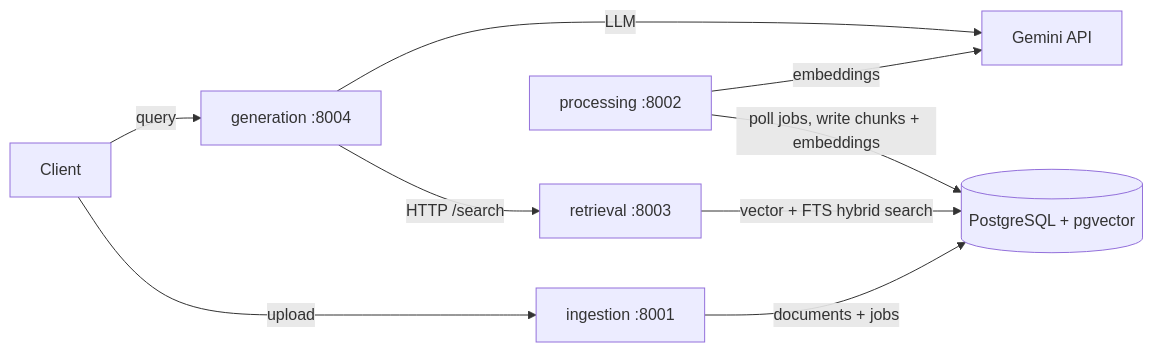
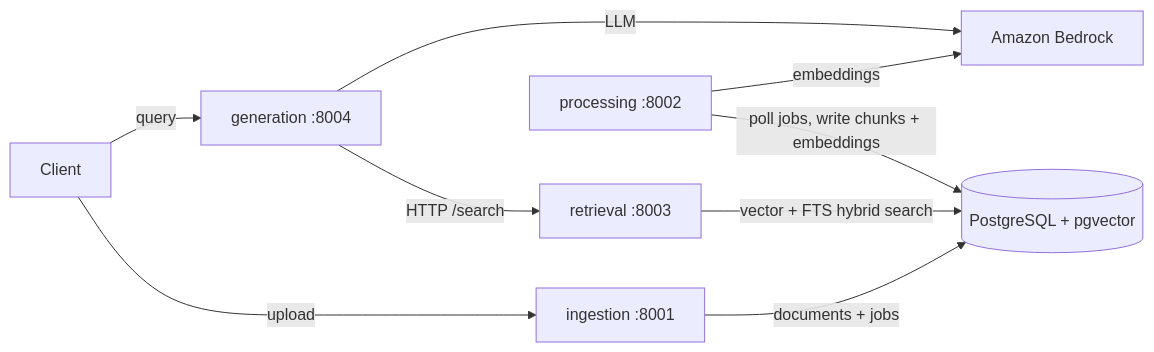
One commit to Magesh-Sundaravel/rag-platform changed the diagram in README.md. Above: the diagram before and after it, drawn with Mermaid. The commit also changed other lines of this file and 38 other files, not shown here.

Commit message:
feat(providers): migrate Gemini stack to Bedrock

````diff
--- a/README.md
+++ b/README.md
@@ -8,11 +8,11 @@
 ```mermaid
 flowchart LR
     Client -->|upload| ING[ingestion :8001]
     Client -->|query| GEN[generation :8004]
     ING -->|documents + jobs| PG[(PostgreSQL + pgvector)]
     PROC[processing :8002] -->|poll jobs, write chunks + embeddings| PG
     RET[retrieval :8003] -->|vector + FTS hybrid search| PG
     GEN -->|HTTP /search| RET
-    GEN -->|LLM| GEMINI[Gemini API]
-    PROC -->|embeddings| GEMINI
+    GEN -->|LLM| BEDROCK[Amazon Bedrock]
+    PROC -->|embeddings| BEDROCK
 ```
````
